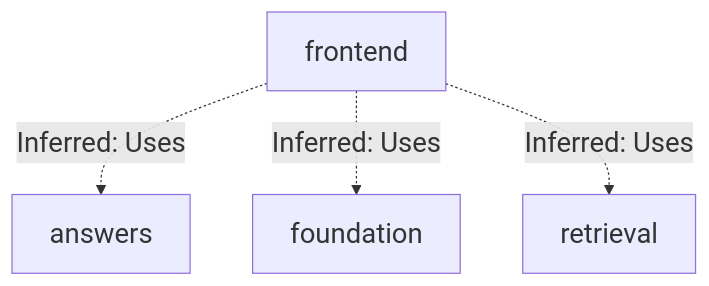
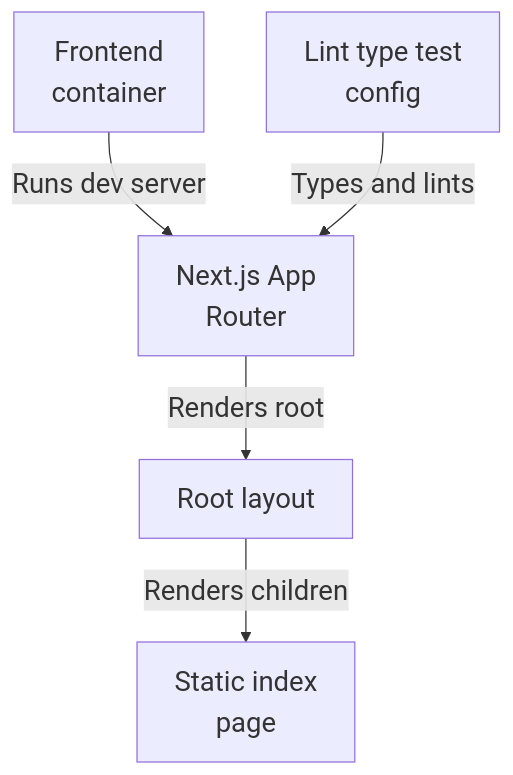
Before and after one commit to Justin-Mendoza/Afterclass: the fourth of 6 diagrams in README.md, drawn with Mermaid. The commit also changed other lines of this file and 88 other files, not shown here.

````diff
--- a/README.md
+++ b/README.md
@@ -51,11 +71,13 @@
 ```mermaid
 %%{init: {"themeVariables": {"fontSize": "22px"}}}%%
 flowchart TD
-  n0["frontend"]
-  n1["answers"]
-  n2["foundation"]
-  n3["retrieval"]
-  n0 -.->|"Inferred: Uses"| n1
-  n0 -.->|"Inferred: Uses"| n2
-  n0 -.->|"Inferred: Uses"| n3
+  n0["Frontend<br/>container"]
+  n1["Next.js App<br/>Router"]
+  n2["Root layout"]
+  n3["Static index<br/>page"]
+  n4["Lint type test<br/>config"]
+  n0 -->|"Runs dev server"| n1
+  n1 -->|"Renders root"| n2
+  n2 -->|"Renders children"| n3
+  n4 -->|"Types and lints"| n1
 ```
````
